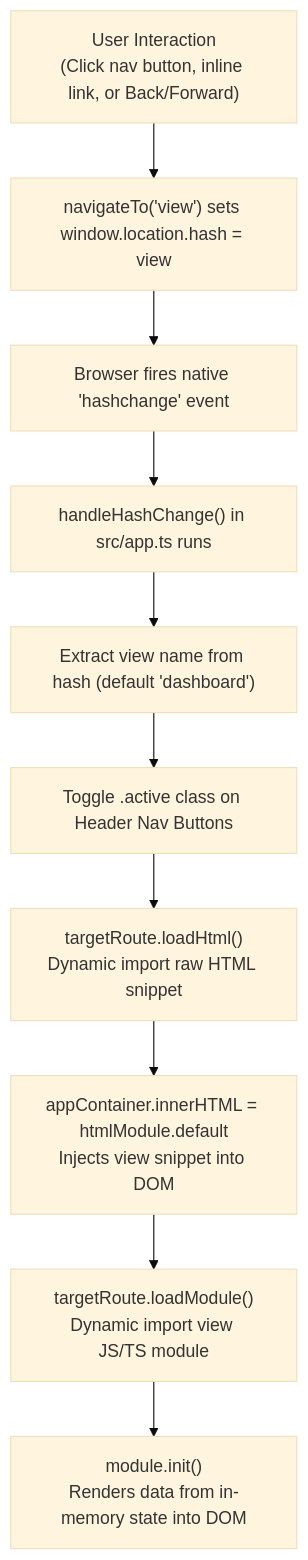
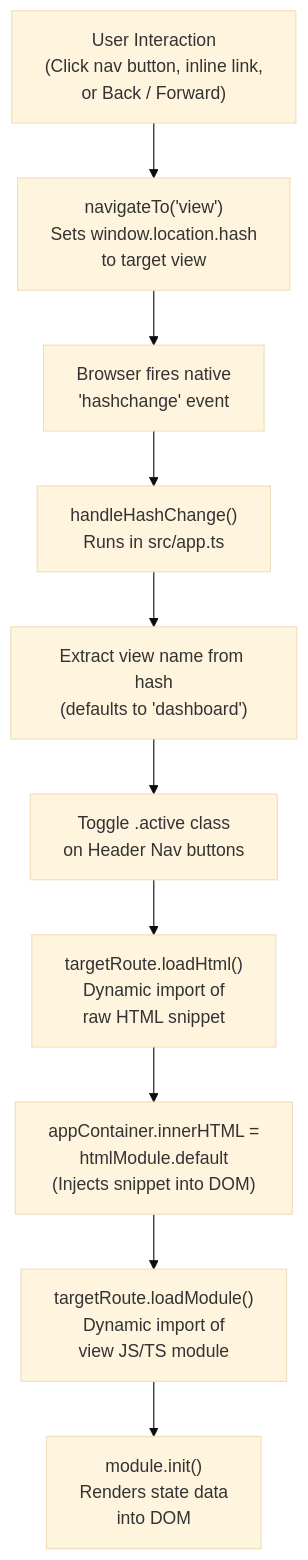
Before and after one commit to kaschefi/awd: the first of 2 diagrams in changes3.md, drawn with Mermaid (base theme). The commit also changed other lines of this file and 2 other files, not shown here.

Commit message:
start of the exercise 4

````diff
--- a/changes3.md
+++ b/changes3.md
@@ -372,12 +364,12 @@
 ```mermaid
 flowchart TD
-    A["User Interaction<br>(Click nav button, inline link, or Back/Forward)"] --> B["navigateTo('view') sets window.location.hash = view"]
-    B --> C["Browser fires native 'hashchange' event"]
-    C --> D["handleHashChange() in src/app.ts runs"]
-    D --> E["Extract view name from hash (default 'dashboard')"]
-    E --> F["Toggle .active class on Header Nav Buttons"]
-    F --> G["targetRoute.loadHtml()<br>Dynamic import raw HTML snippet"]
-    G --> H["appContainer.innerHTML = htmlModule.default<br>Injects view snippet into DOM"]
-    H --> I["targetRoute.loadModule()<br>Dynamic import view JS/TS module"]
-    I --> J["module.init()<br>Renders data from in-memory state into DOM"]
+    A["User Interaction<br/>(Click nav button, inline link,<br/>or Back / Forward)"] --> B["navigateTo('view')<br/>Sets window.location.hash<br/>to target view"]
+    B --> C["Browser fires native<br/>'hashchange' event"]
+    C --> D["handleHashChange()<br/>Runs in src/app.ts"]
+    D --> E["Extract view name from hash<br/>(defaults to 'dashboard')"]
+    E --> F["Toggle .active class<br/>on Header Nav buttons"]
+    F --> G["targetRoute.loadHtml()<br/>Dynamic import of<br/>raw HTML snippet"]
+    G --> H["appContainer.innerHTML =<br/>htmlModule.default<br/>(Injects snippet into DOM)"]
+    H --> I["targetRoute.loadModule()<br/>Dynamic import of<br/>view JS/TS module"]
+    I --> J["module.init()<br/>Renders state data<br/>into DOM"]
 ```
````
